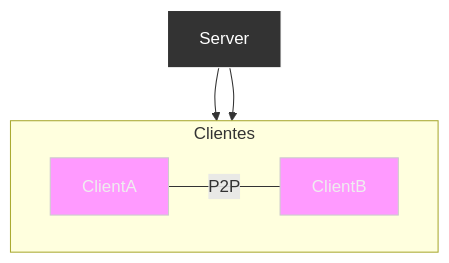
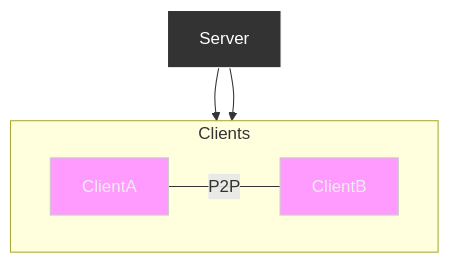
Before and after one commit to luciamarst/Hybrid-CS-P2P-Server: the diagram in README.md, drawn with Mermaid.

Commit message:
Fix typo in Clients subgraph label

````diff
--- a/README.md
+++ b/README.md
@@ -32,18 +32,18 @@
 ```mermaid
 graph TD
     Server["Server"]:::server
 
-    subgraph Clients [Clientes]
+    subgraph Clients [Clients]
         direction LR
         ClientA["ClientA"]:::client
         ClientB["ClientB"]:::client
     end
 
     Server --> ClientA
     Server --> ClientB
     ClientA ---|P2P| ClientB
 
     classDef server fill:#333,stroke:#fff,stroke-width:1px,color:#fff;
     classDef client fill:#ff9aff,stroke:#ccc,stroke-width:1px,color:#eee;
 
 ```
````
